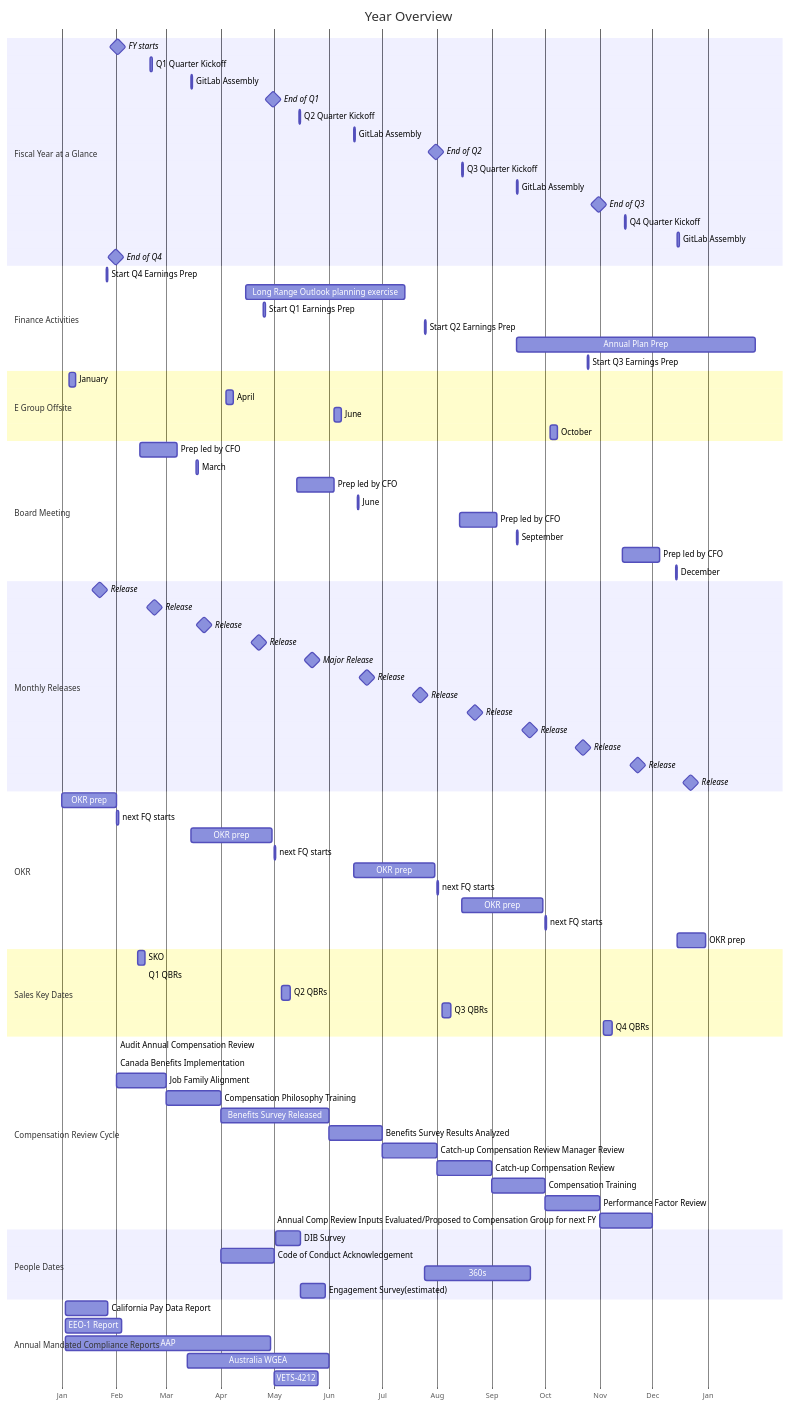
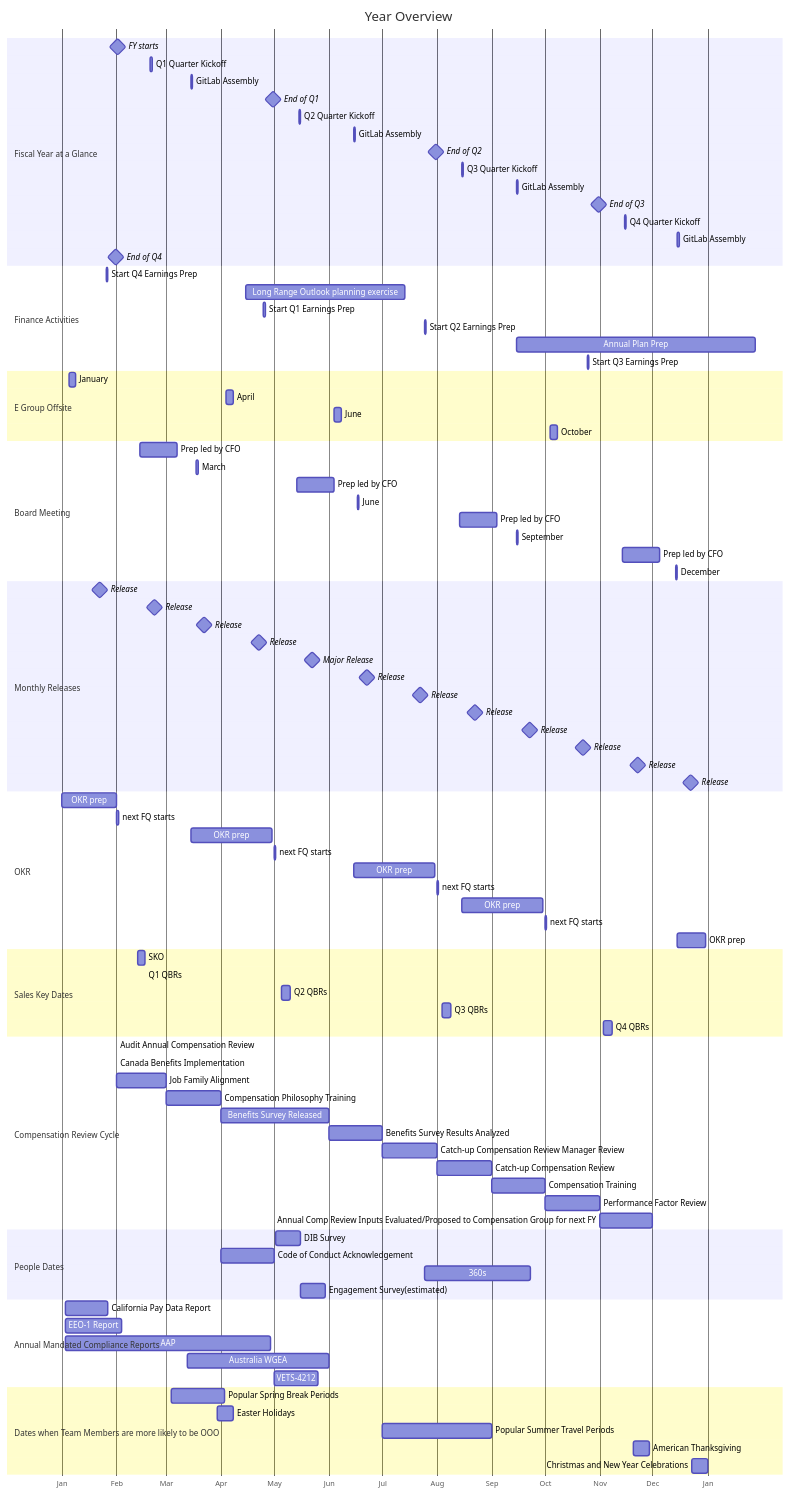
One commit to secretstartups/handbook changed the diagram in cadence/index.html.md. Above: the diagram before and after it, drawn with Mermaid.

Commit message:
Noting Popular Team Member Holidays and CEO OOO Preference

````diff
--- a/cadence/index.html.md
+++ b/cadence/index.html.md
@@ -216,4 +216,11 @@
     AAP                             :01-03, 116d
     Australia WGEA                  :03-13, 80d
     VETS-4212                       :05-01, 25d
+
+    section Dates when Team Members are more likely to be OOO
+    Popular Spring Break Periods    :03-04, 30d
+    Easter Holidays                 :03-30, 9d
+    Popular Summer Travel Periods   :07-01, 62d
+    American Thanksgiving           :11-20, 9d
+    Christmas and New Year Celebrations          :12-23, 9d    
 ```
````
